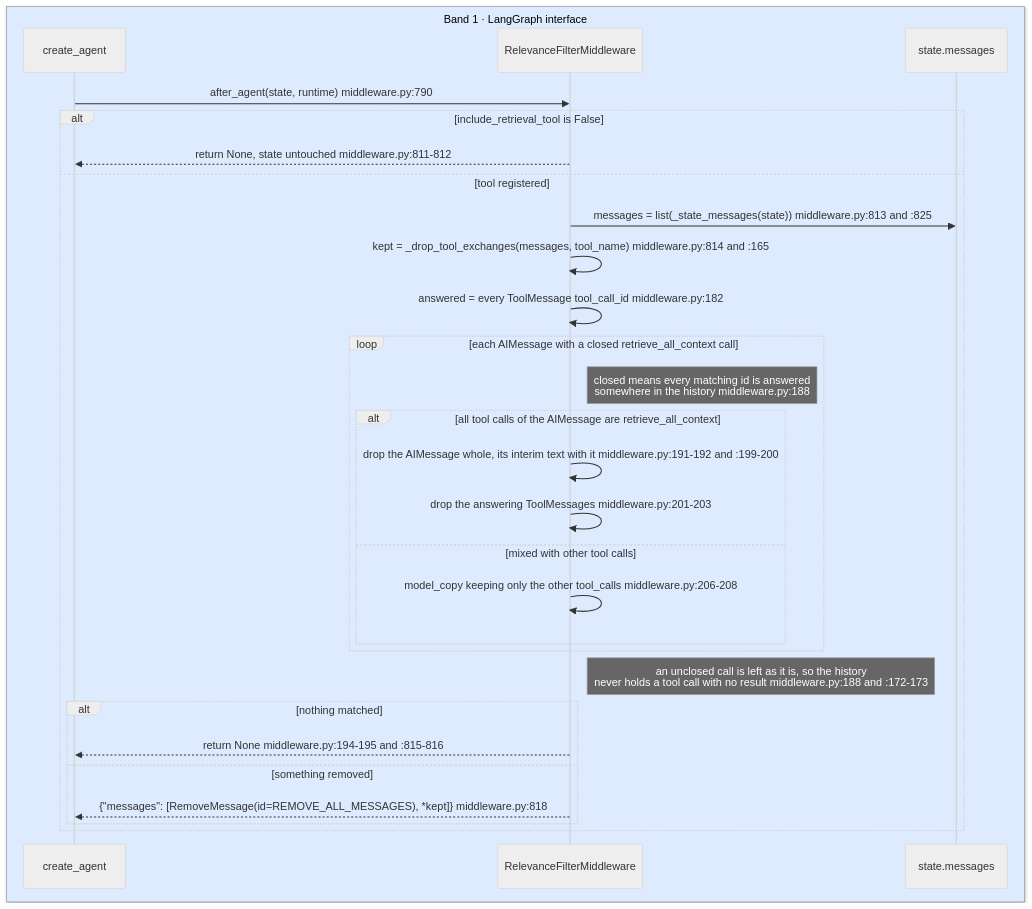
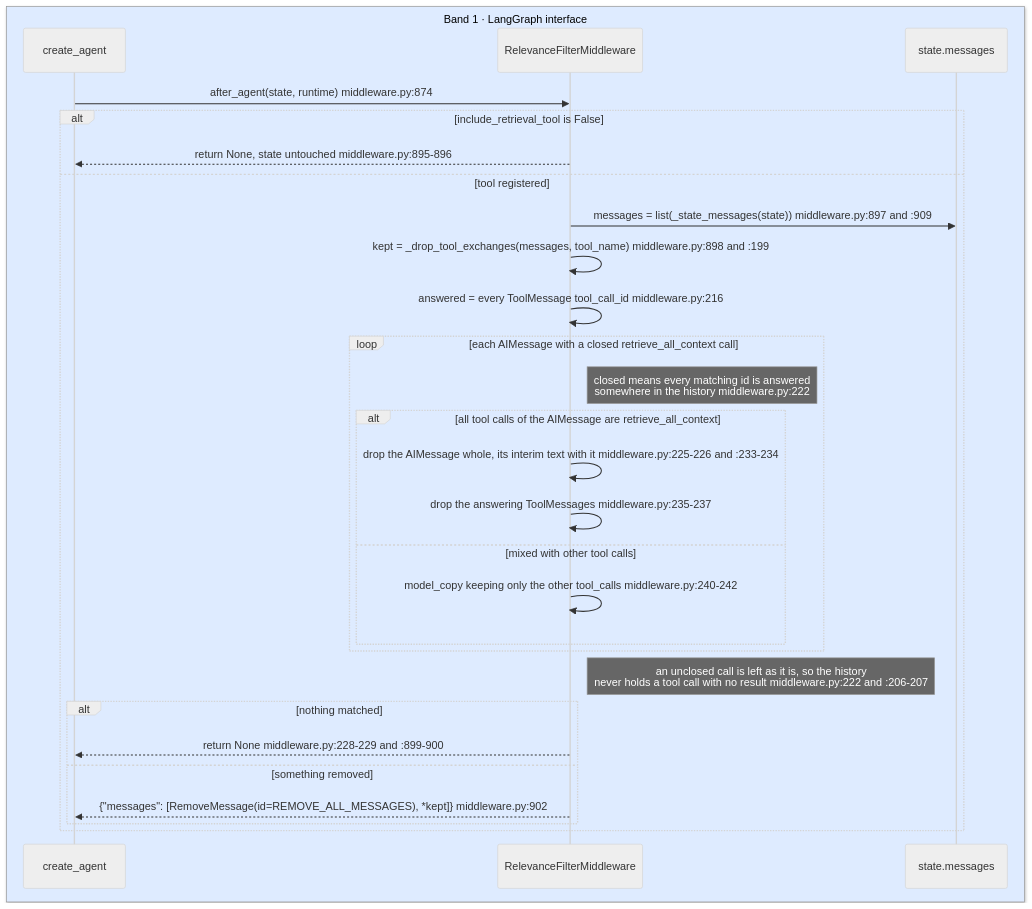
The fourth of 4 diagrams in docs/design/sequence/langgraph/sequence-a-relevance.md (aws-samples/sample-context-engineering), drawn with Mermaid (neutral theme) before and after one commit. The commit also changed other lines of this file and 8 other files, not shown here.

````diff
--- a/docs/design/sequence/langgraph/sequence-a-relevance.md
+++ b/docs/design/sequence/langgraph/sequence-a-relevance.md
@@ -356,32 +382,32 @@
 ```mermaid
 sequenceDiagram
     box rgb(222,235,255) Band 1 · LangGraph interface
         participant Agent as create_agent
         participant MW as RelevanceFilterMiddleware
         participant State as state.messages
     end
 
-    Agent->>MW: after_agent(state, runtime)  middleware.py:790
+    Agent->>MW: after_agent(state, runtime)  middleware.py:874
     alt include_retrieval_tool is False
-        MW-->>Agent: return None, state untouched  middleware.py:811-812
+        MW-->>Agent: return None, state untouched  middleware.py:895-896
     else tool registered
-        MW->>State: messages = list(_state_messages(state))  middleware.py:813 and :825
-        MW->>MW: kept = _drop_tool_exchanges(messages, tool_name)  middleware.py:814 and :165
-        MW->>MW: answered = every ToolMessage tool_call_id  middleware.py:182
+        MW->>State: messages = list(_state_messages(state))  middleware.py:897 and :909
+        MW->>MW: kept = _drop_tool_exchanges(messages, tool_name)  middleware.py:898 and :199
+        MW->>MW: answered = every ToolMessage tool_call_id  middleware.py:216
         loop each AIMessage with a closed retrieve_all_context call
-            Note right of MW: closed means every matching id is answered<br/>somewhere in the history  middleware.py:188
+            Note right of MW: closed means every matching id is answered<br/>somewhere in the history  middleware.py:222
             alt all tool calls of the AIMessage are retrieve_all_context
-                MW->>MW: drop the AIMessage whole, its interim text with it  middleware.py:191-192 and :199-200
-                MW->>MW: drop the answering ToolMessages  middleware.py:201-203
+                MW->>MW: drop the AIMessage whole, its interim text with it  middleware.py:225-226 and :233-234
+                MW->>MW: drop the answering ToolMessages  middleware.py:235-237
             else mixed with other tool calls
-                MW->>MW: model_copy keeping only the other tool_calls  middleware.py:206-208
+                MW->>MW: model_copy keeping only the other tool_calls  middleware.py:240-242
             end
         end
-        Note right of MW: an unclosed call is left as it is, so the history<br/>never holds a tool call with no result  middleware.py:188 and :172-173
+        Note right of MW: an unclosed call is left as it is, so the history<br/>never holds a tool call with no result  middleware.py:222 and :206-207
         alt nothing matched
-            MW-->>Agent: return None  middleware.py:194-195 and :815-816
+            MW-->>Agent: return None  middleware.py:228-229 and :899-900
         else something removed
-            MW-->>Agent: {"messages": [RemoveMessage(id=REMOVE_ALL_MESSAGES), *kept]}  middleware.py:818
+            MW-->>Agent: {"messages": [RemoveMessage(id=REMOVE_ALL_MESSAGES), *kept]}  middleware.py:902
         end
     end
 ```
````
